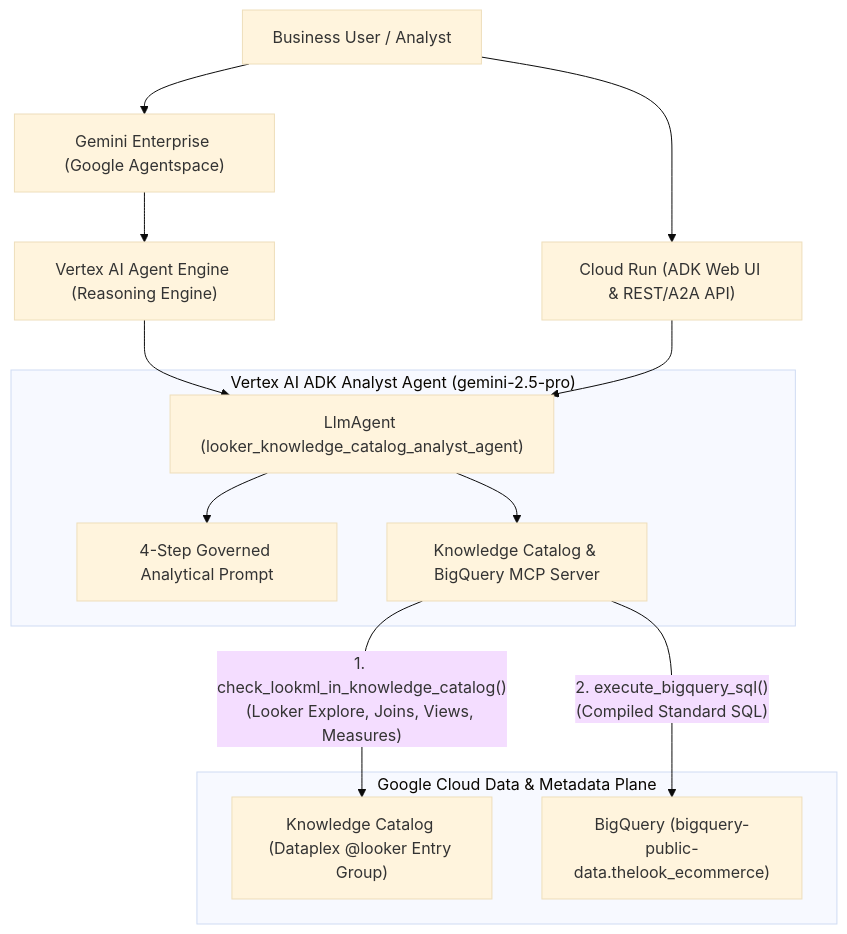
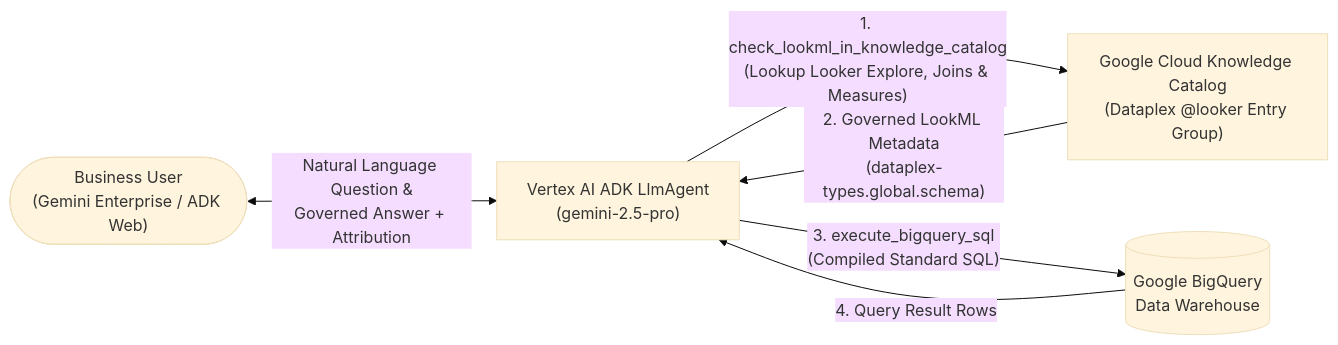
The diagram in ARCHITECTURE_GUIDE.md (haengeunc/kc-looker-codelab), drawn with Mermaid (base theme) before and after one commit. The commit also changed other lines of this file and 9 other files, not shown here.

````diff
--- a/ARCHITECTURE_GUIDE.md
+++ b/ARCHITECTURE_GUIDE.md
@@ -12,28 +18,13 @@
 ```mermaid
-flowchart TD
-    User["Business User / Analyst"]
-    GE["Gemini Enterprise (Google Agentspace)"]
-    CR["Cloud Run (ADK Web UI & REST/A2A API)"]
-    AE["Vertex AI Agent Engine (Reasoning Engine)"]
+flowchart LR
+    User(["Business User\n(Gemini Enterprise / ADK Web)"])
+    Agent["Vertex AI ADK LlmAgent\n(gemini-2.5-pro)"]
+    KC["Google Cloud Knowledge Catalog\n(Dataplex @looker Entry Group)"]
+    BQ[("Google BigQuery\nData Warehouse")]
 
-    subgraph AgentRuntime["Vertex AI ADK Analyst Agent (gemini-2.5-pro)"]
-        Agent["LlmAgent (looker_knowledge_catalog_analyst_agent)"]
-        Prompt["4-Step Governed Analytical Prompt"]
-        MCP["Knowledge Catalog & BigQuery MCP Server"]
-    end
-
-    subgraph GoogleCloud["Google Cloud Data & Metadata Plane"]
-        KC["Knowledge Catalog (Dataplex @looker Entry Group)"]
-        BQ["BigQuery (bigquery-public-data.thelook_ecommerce)"]
-    end
-
-    User --> GE
-    User --> CR
-    GE --> AE
-    AE --> Agent
-    CR --> Agent
-    Agent --> Prompt
-    Agent --> MCP
-    MCP -- "1. check_lookml_in_knowledge_catalog()\n(Looker Explore, Joins, Views, Measures)" --> KC
-    MCP -- "2. execute_bigquery_sql()\n(Compiled Standard SQL)" --> BQ
+    User <-->|"Natural Language Question &\nGoverned Answer + Attribution"| Agent
+    Agent -->|"1. check_lookml_in_knowledge_catalog\n(Lookup Looker Explore, Joins & Measures)"| KC
+    KC -->|"2. Governed LookML Metadata\n(dataplex-types.global.schema)"| Agent
+    Agent -->|"3. execute_bigquery_sql\n(Compiled Standard SQL)"| BQ
+    BQ -->|"4. Query Result Rows"| Agent
 ```
````
